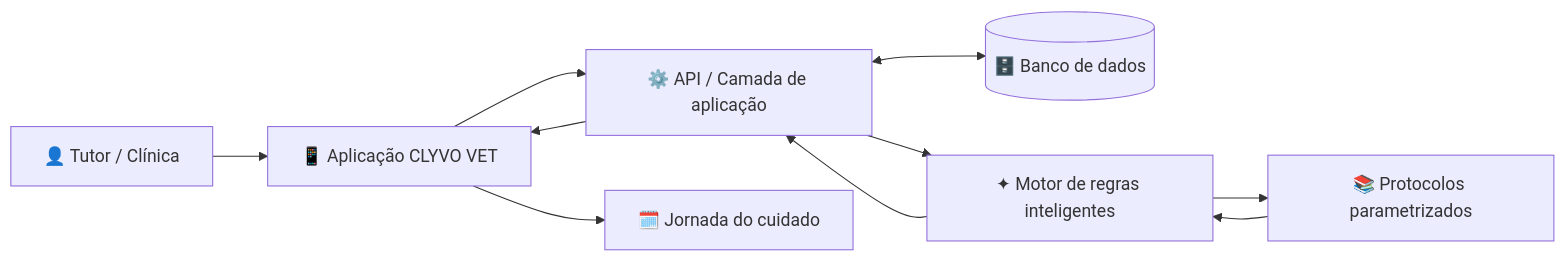
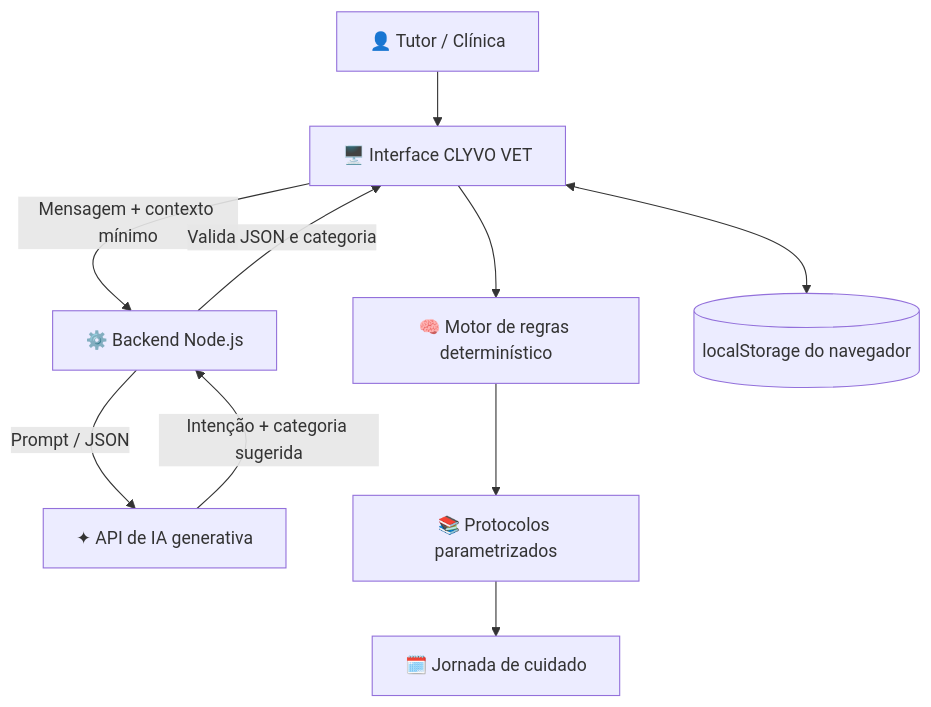
One commit to AltamirLima/clyvo-vet-sprint3 changed the diagram in docs/ARQUITETURA.md. Above: the diagram before and after it, drawn with Mermaid. The commit also changed other lines of this file, not shown here.

````diff
--- a/docs/ARQUITETURA.md
+++ b/docs/ARQUITETURA.md
@@ -5,12 +3,12 @@
 ```mermaid
-flowchart LR
-    U[👤 Tutor / Clínica] --> APP[📱 Aplicação CLYVO VET]
-    APP --> API[⚙️ API / Camada de aplicação]
-    API <--> DB[(🗄️ Banco de dados)]
-    API --> AI[✦ Motor de regras inteligentes]
-    AI --> PROT[📚 Protocolos parametrizados]
-    PROT --> AI
-    AI --> API
-    API --> APP
-    APP --> J[🗓️ Jornada do cuidado]
+flowchart TD
+    T[👤 Tutor / Clínica] --> UI[🖥️ Interface CLYVO VET]
+    UI -->|Mensagem + contexto mínimo| BE[⚙️ Backend Node.js]
+    BE -->|Prompt / JSON| API[✦ API de IA generativa]
+    API -->|Intenção + categoria sugerida| BE
+    BE -->|Valida JSON e categoria| UI
+    UI --> RULES[🧠 Motor de regras determinístico]
+    RULES --> PROT[📚 Protocolos parametrizados]
+    PROT --> JOURNEY[🗓️ Jornada de cuidado]
+    UI <--> LS[(localStorage do navegador)]
 ```
````
